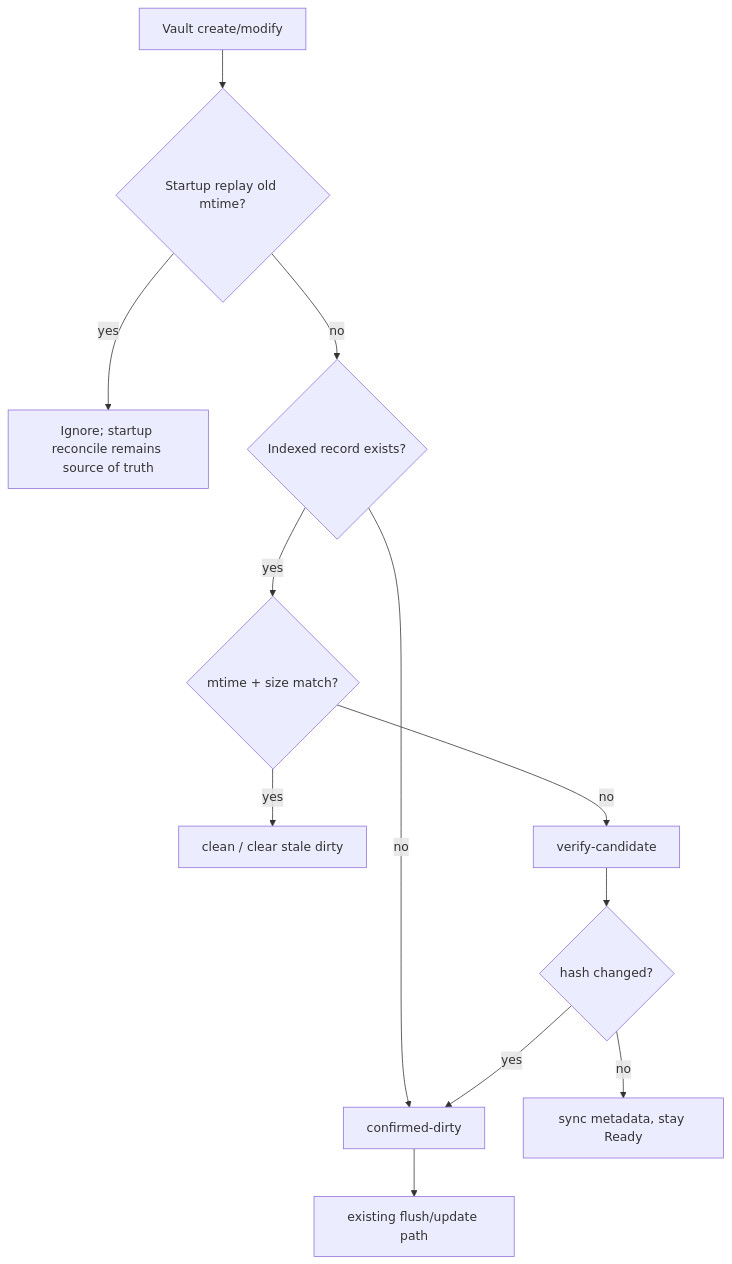
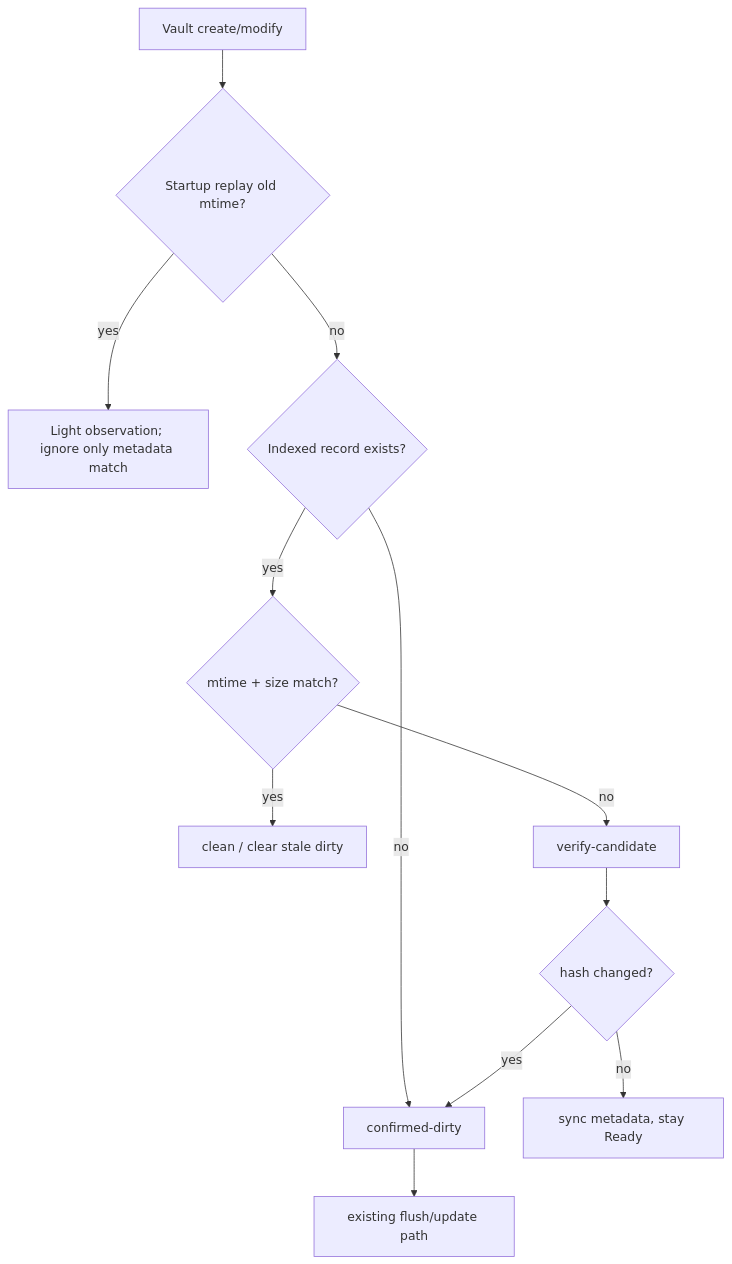
Before and after one commit to edonyzpc/personal-assistant: the second of 2 diagrams in docs/vss-dirty-state-optimization-plan.md, drawn with Mermaid. The commit also changed other lines of this file and 8 other files, not shown here.

````diff
--- a/docs/vss-dirty-state-optimization-plan.md
+++ b/docs/vss-dirty-state-optimization-plan.md
@@ -34,14 +34,14 @@
 ```mermaid
 flowchart TD
   A[Vault create/modify] --> B{Startup replay old mtime?}
-  B -->|yes| C[Ignore; startup reconcile remains source of truth]
+  B -->|yes| C[Light observation; ignore only metadata match]
   B -->|no| D{Indexed record exists?}
   D -->|no| E[confirmed-dirty]
   D -->|yes| F{mtime + size match?}
   F -->|yes| G[clean / clear stale dirty]
   F -->|no| H[verify-candidate]
   H --> I{hash changed?}
   I -->|no| J[sync metadata, stay Ready]
   I -->|yes| E
   E --> K[existing flush/update path]
 ```
````
